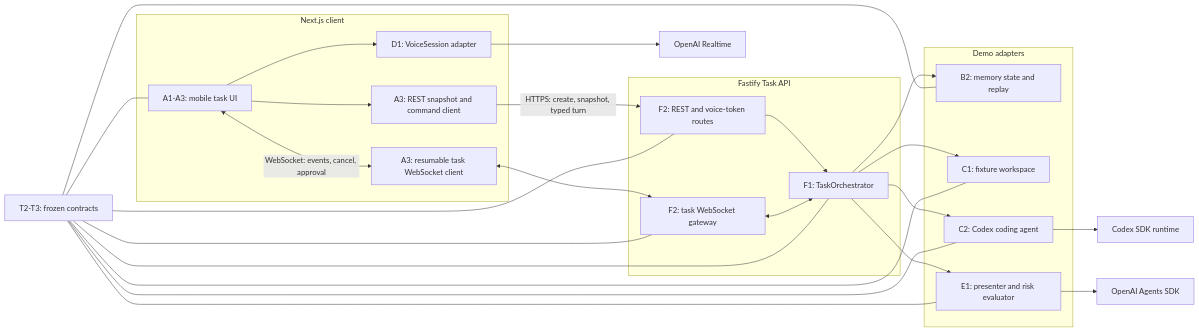
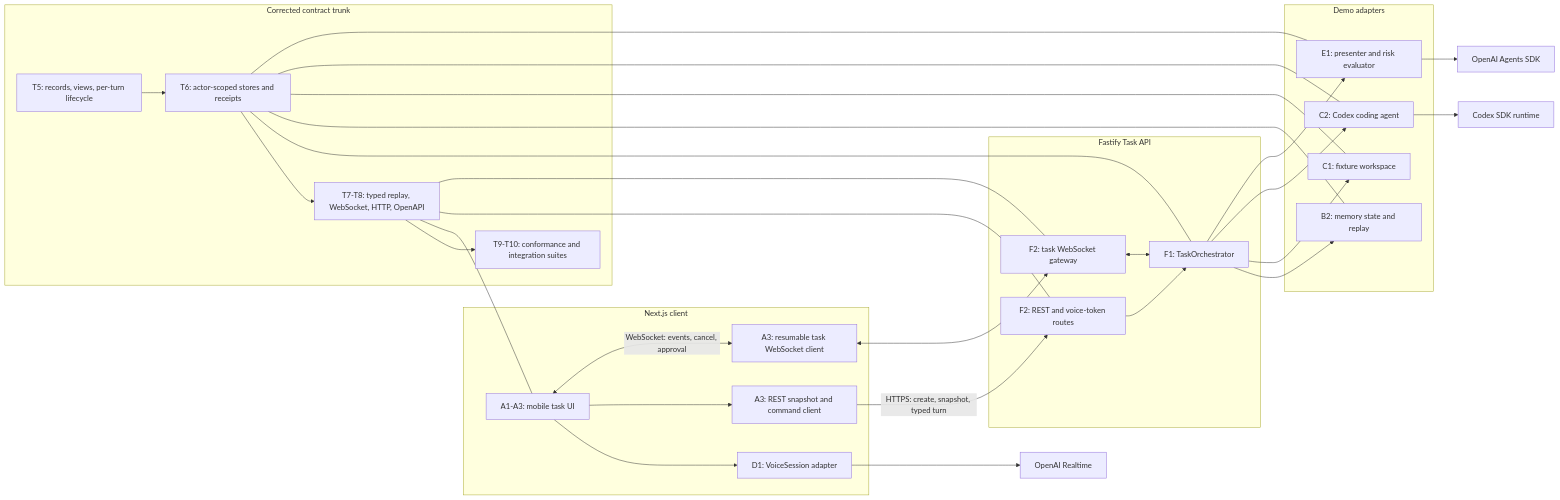
The first of 6 diagrams in MIKADO.md (jv8-alt/voice-agent), drawn with Mermaid before and after one commit. The commit also changed other lines of this file, not shown here.

First line of the commit message:
T4: revise the frozen contracts plan.

````diff
--- a/MIKADO.md
+++ b/MIKADO.md
@@ -84,42 +126,48 @@
 ```mermaid
 flowchart LR
   subgraph client [Next.js client]
     WebUI["A1-A3: mobile task UI"]
     VoicePort["D1: VoiceSession adapter"]
     RestClient["A3: REST snapshot and command client"]
     TaskSocket["A3: resumable task WebSocket client"]
   end
   subgraph api [Fastify Task API]
     RestRoutes["F2: REST and voice-token routes"]
     SocketGateway["F2: task WebSocket gateway"]
     Orchestrator["F1: TaskOrchestrator"]
   end
   subgraph demo [Demo adapters]
     Memory["B2: memory state and replay"]
     Fixture["C1: fixture workspace"]
     Codex["C2: Codex coding agent"]
     Presenter["E1: presenter and risk evaluator"]
   end
-  Contracts["T2-T3: frozen contracts"]
+  subgraph contracts [Corrected contract trunk]
+    Records["T5: records, views, per-turn lifecycle"]
+    Ports["T6: actor-scoped stores and receipts"]
+    Wire["T7-T8: typed replay, WebSocket, HTTP, OpenAPI"]
+    Suites["T9-T10: conformance and integration suites"]
+  end
   VoiceService["OpenAI Realtime"]
   CodexService["Codex SDK runtime"]
   SummaryService["OpenAI Agents SDK"]
   WebUI --> VoicePort --> VoiceService
   WebUI --> RestClient -->|"HTTPS: create, snapshot, typed turn"| RestRoutes
   WebUI <-->|"WebSocket: events, cancel, approval"| TaskSocket
   TaskSocket <--> SocketGateway
   RestRoutes --> Orchestrator
   SocketGateway <--> Orchestrator
   Orchestrator --> Memory
   Orchestrator --> Fixture
   Orchestrator --> Codex --> CodexService
   Orchestrator --> Presenter --> SummaryService
-  Contracts --- WebUI
-  Contracts --- RestRoutes
-  Contracts --- SocketGateway
-  Contracts --- Orchestrator
-  Contracts --- Memory
-  Contracts --- Fixture
-  Contracts --- Codex
-  Contracts --- Presenter
+  Records --> Ports --> Wire --> Suites
+  Wire --- WebUI
+  Wire --- RestRoutes
+  Wire --- SocketGateway
+  Ports --- Orchestrator
+  Ports --- Memory
+  Ports --- Fixture
+  Ports --- Codex
+  Ports --- Presenter
 ```
````
